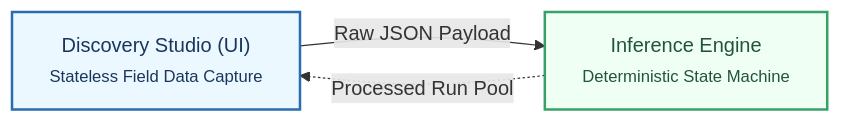
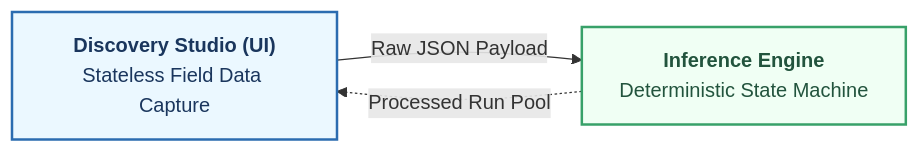
One commit to c883/Inference-Engine changed the first of 2 diagrams in docs/architecture/inference-engine-spec.md. Above: the diagram before and after it, drawn with Mermaid.

Commit message:
Improve formatting in inference engine spec diagram
Updated the formatting of UI and Inference Engine descriptions in the architecture diagram.

````diff
--- a/docs/architecture/inference-engine-spec.md
+++ b/docs/architecture/inference-engine-spec.md
@@ -14,11 +14,15 @@
 ```mermaid
 flowchart LR
+    %% Custom Styles for Visual Alignment
     classDef frontend fill:#ebf8ff,stroke:#2b6cb0,stroke-width:2px,color:#1a365d;
     classDef backend fill:#f0fff4,stroke:#38a169,stroke-width:2px,color:#22543d;
 
-    UI["Discovery Studio (UI)<br><small>Stateless Field Data Capture</small>"]:::frontend
-    ENGINE["Inference Engine<br><small>Deterministic State Machine</small>"]:::backend
+    UI["`**Discovery Studio (UI)**
+    Stateless Field Data Capture`"]:::frontend
+    
+    ENGINE["`**Inference Engine**
+    Deterministic State Machine`"]:::backend
 
     UI -->|Raw JSON Payload| ENGINE
     ENGINE -.->|Processed Run Pool| UI
 ```
````
